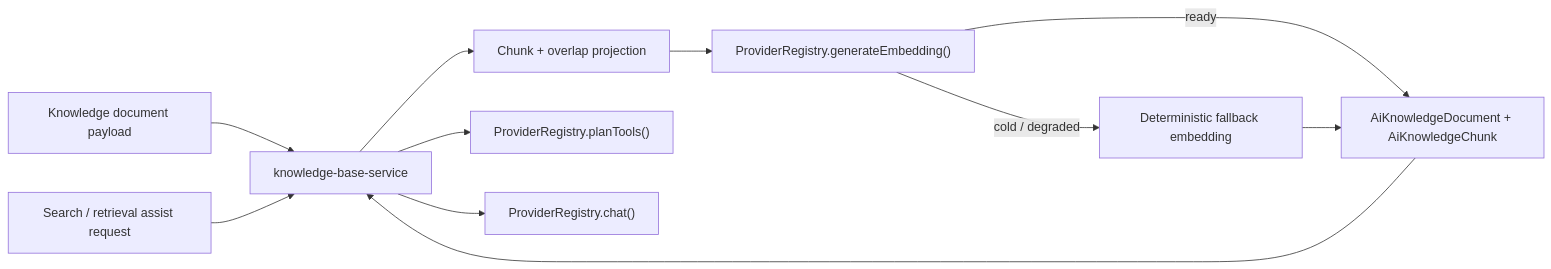
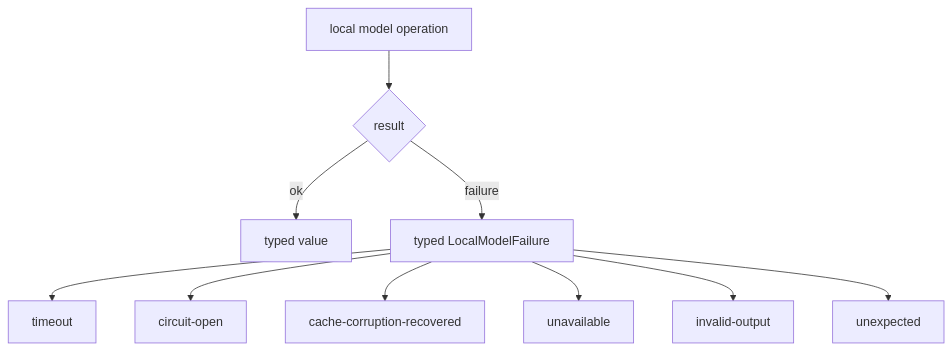
Before and after one commit to d4551/tea: the eighth of 10 diagrams in ARCHITECTURE.md, drawn with Mermaid. The commit also changed other lines of this file and 115 other files, not shown here.

First line of the commit message:
Refactor TEA architecture documentation and enhance package.json scripts

````diff
--- a/ARCHITECTURE.md
+++ b/ARCHITECTURE.md
@@ -230,13 +221,12 @@
 ```mermaid
-flowchart LR
-  DOC["Knowledge document payload"] --> KBS["knowledge-base-service"]
-  KBS --> CHUNK["Chunk + overlap projection"]
-  CHUNK --> EMBED["ProviderRegistry.generateEmbedding()"]
-  EMBED -->|ready| STORE["AiKnowledgeDocument + AiKnowledgeChunk"]
-  EMBED -->|cold / degraded| HASH["Deterministic fallback embedding"]
-  HASH --> STORE
-  QUERY["Search / retrieval assist request"] --> KBS
-  STORE --> KBS
-  KBS --> PLAN["ProviderRegistry.planTools()"]
-  KBS --> CHAT["ProviderRegistry.chat()"]
+flowchart TD
+  Operation["local model operation"] --> Result{"result"}
+  Result -->|ok| Value["typed value"]
+  Result -->|failure| Failure["typed LocalModelFailure"]
+  Failure --> Timeout["timeout"]
+  Failure --> Circuit["circuit-open"]
+  Failure --> CacheRecover["cache-corruption-recovered"]
+  Failure --> Unavailable["unavailable"]
+  Failure --> Invalid["invalid-output"]
+  Failure --> Unexpected["unexpected"]
 ```
````
